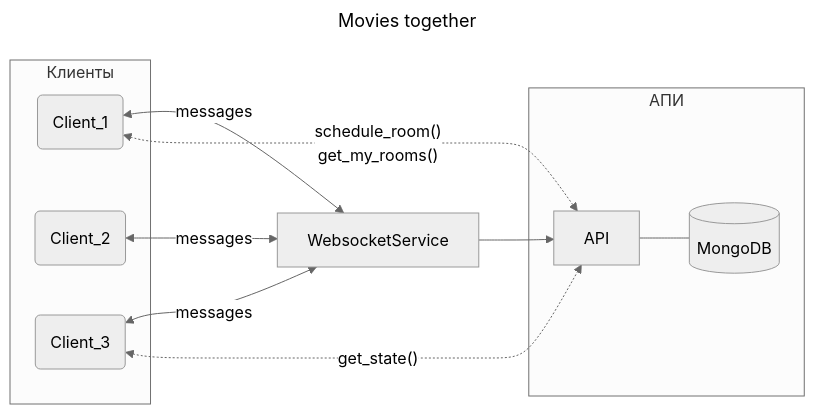
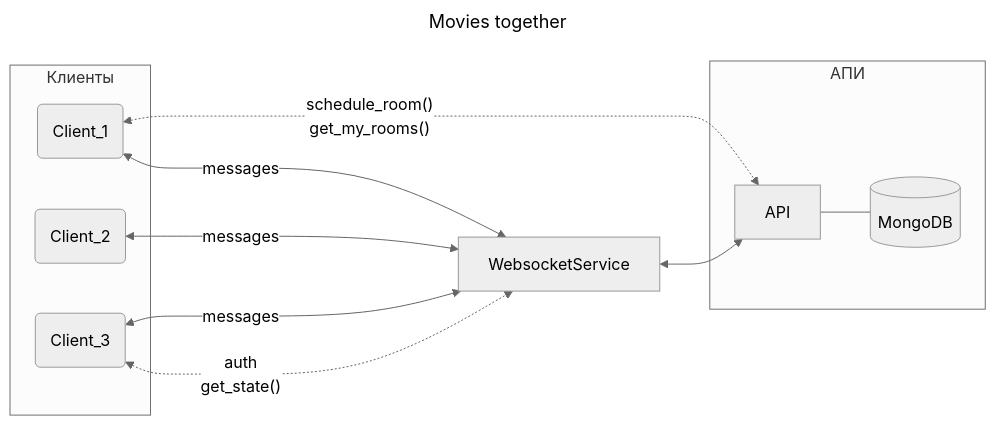
Before and after one commit to zhovtanovskaya/AlexPunches_Async_API_sprint_1: the first of 4 diagrams in documentation/architecture/diploma/2023-03-14_services.md, drawn with Mermaid (neutral theme). The commit also changed other lines of this file, not shown here.

Commit message:
актуализировать схему

````diff
--- a/documentation/architecture/diploma/2023-03-14_services.md
+++ b/documentation/architecture/diploma/2023-03-14_services.md
@@ -1,22 +1,22 @@
 ```mermaid
 ---
 title: Movies together
 ---
 flowchart LR
   subgraph Клиенты
   client_1(Client_1)
   client_2(Client_2)
   client_3(Client_3)
   end
   subgraph АПИ
   API[API] --- MongoDB[(MongoDB)]
   end
   WS[WebsocketService]
   
   client_1 & client_2 & client_3 <--messages--> WS
-  client_3 <-..->|"get_state()"|API
+  client_3 <-..->|"auth\nget_state()"|WS
   client_1 <-..->|"schedule_room()\nget_my_rooms()"|API
 
   
-  WS --> API
+  WS <--> API
 ```
````
